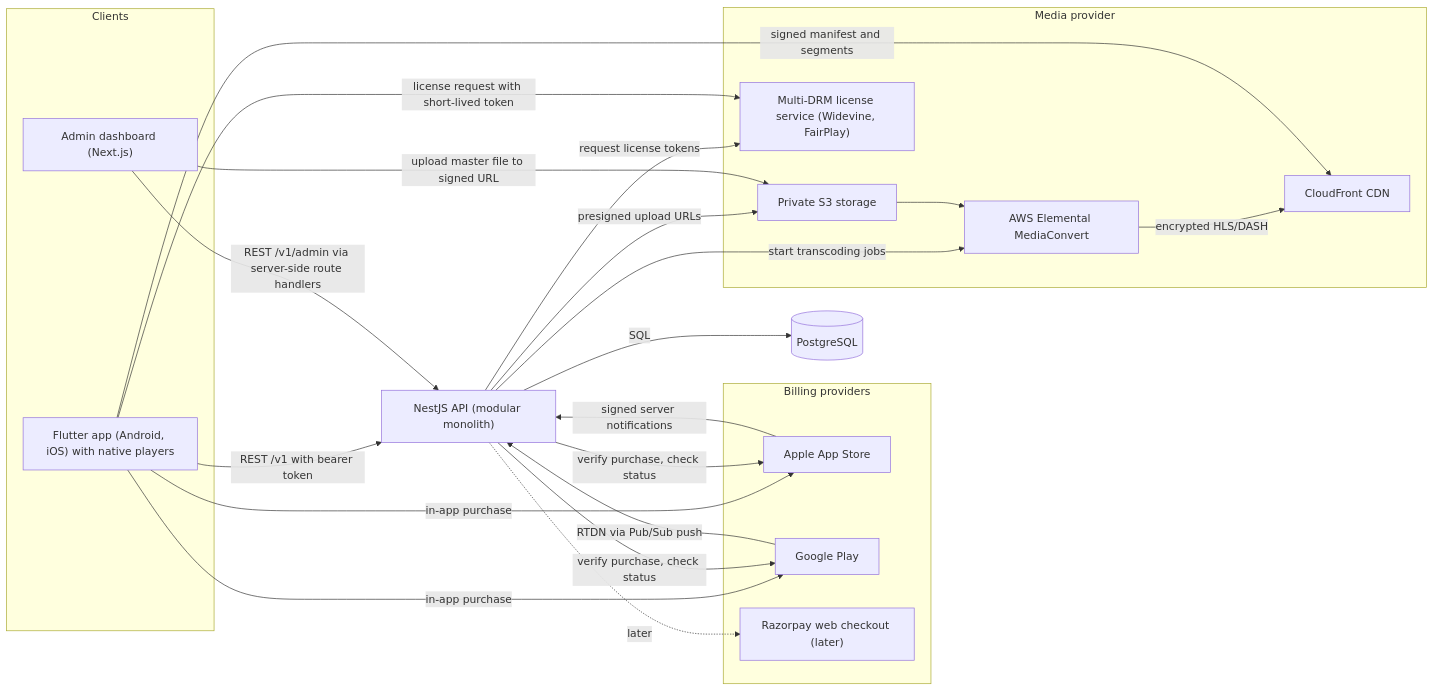
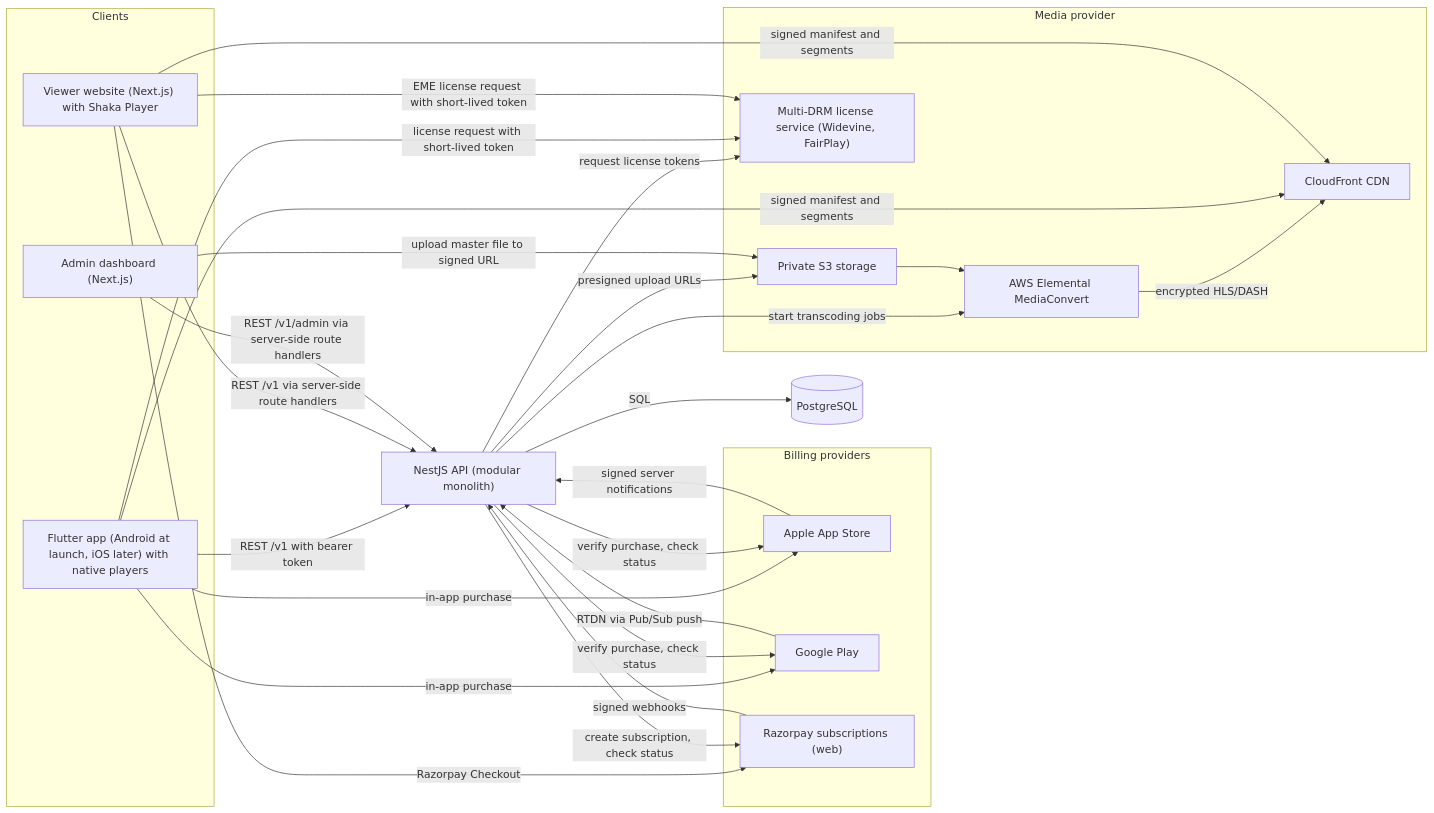
One commit to roadandcode/StreamingApp changed the first of 6 diagrams in docs/architecture/overview.md. Above: the diagram before and after it, drawn with Mermaid. The commit also changed other lines of this file and 3 other files, not shown here.

First line of the commit message:
docs: plan an Android and web launch, with iOS to follow

````diff
--- a/docs/architecture/overview.md
+++ b/docs/architecture/overview.md
@@ -28,42 +28,48 @@
 ```mermaid
 flowchart LR
     subgraph clients["Clients"]
-        mobile["Flutter app (Android, iOS) with native players"]
+        mobile["Flutter app (Android at launch, iOS later) with native players"]
+        viewer["Viewer website (Next.js) with Shaka Player"]
         admin["Admin dashboard (Next.js)"]
     end
 
     api["NestJS API (modular monolith)"]
     db[("PostgreSQL")]
 
     subgraph billing["Billing providers"]
         apple["Apple App Store"]
         google["Google Play"]
-        web["Razorpay web checkout (later)"]
+        razorpay["Razorpay subscriptions (web)"]
     end
 
     subgraph media["Media provider"]
         s3["Private S3 storage"]
         mc["AWS Elemental MediaConvert"]
         cdn["CloudFront CDN"]
         drm["Multi-DRM license service (Widevine, FairPlay)"]
     end
 
     mobile -->|"REST /v1 with bearer token"| api
+    viewer -->|"REST /v1 via server-side route handlers"| api
     admin -->|"REST /v1/admin via server-side route handlers"| api
     api -->|"SQL"| db
     mobile -->|"in-app purchase"| apple
     mobile -->|"in-app purchase"| google
     api -->|"verify purchase, check status"| apple
     api -->|"verify purchase, check status"| google
     apple -->|"signed server notifications"| api
     google -->|"RTDN via Pub/Sub push"| api
-    api -.->|"later"| web
+    viewer -->|"Razorpay Checkout"| razorpay
+    api -->|"create subscription, check status"| razorpay
+    razorpay -->|"signed webhooks"| api
     api -->|"presigned upload URLs"| s3
     api -->|"start transcoding jobs"| mc
     api -->|"request license tokens"| drm
     admin -->|"upload master file to signed URL"| s3
     s3 --> mc
     mc -->|"encrypted HLS/DASH"| cdn
     mobile -->|"signed manifest and segments"| cdn
     mobile -->|"license request with short-lived token"| drm
+    viewer -->|"signed manifest and segments"| cdn
+    viewer -->|"EME license request with short-lived token"| drm
 ```
````
